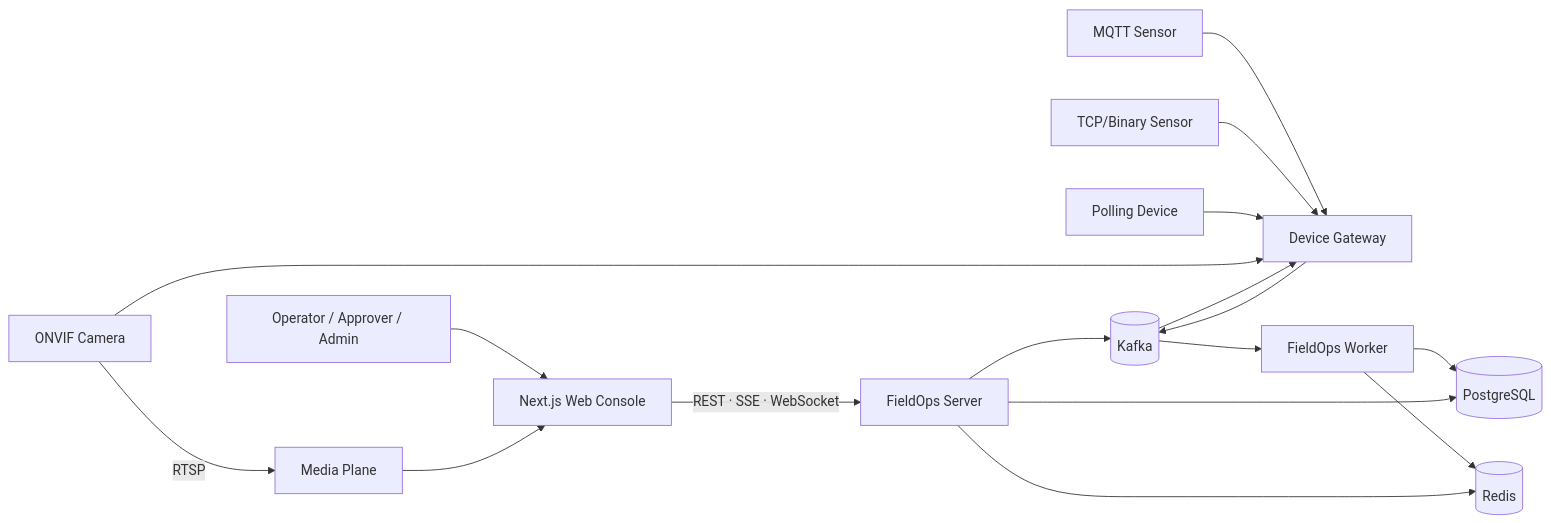
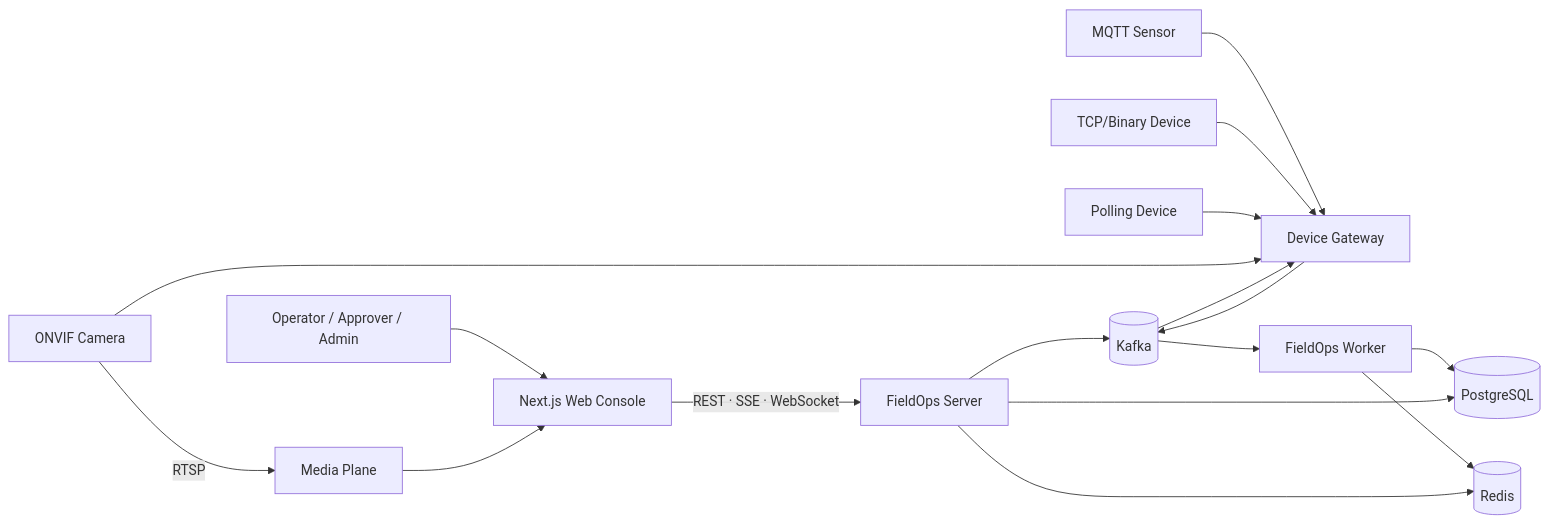
One commit to krait4g/fieldops-control-plane changed the diagram in README.md. Above: the diagram before and after it, drawn with Mermaid. The commit also changed other lines of this file and 15 other files, not shown here.

````diff
--- a/README.md
+++ b/README.md
@@ -78,22 +151,22 @@
 ```mermaid
 flowchart LR
-    OP[Operator / Approver / Admin] --> WEB[Next.js Web Console]
+    USER[Operator / Approver / Admin] --> WEB[Next.js Web Console]
     WEB -->|REST · SSE · WebSocket| API[FieldOps Server]
 
     MQTT[MQTT Sensor] --> GW[Device Gateway]
-    TCP[TCP/Binary Sensor] --> GW
+    TCP[TCP/Binary Device] --> GW
     POLL[Polling Device] --> GW
     CAM[ONVIF Camera] --> GW
     CAM -->|RTSP| MEDIA[Media Plane]
     MEDIA --> WEB
 
-    GW --> KR[(Kafka)]
-    KR --> W[FieldOps Worker]
-    W --> PG[(PostgreSQL)]
-    W --> RD[(Redis)]
+    GW --> K[(Kafka)]
+    K --> WORKER[FieldOps Worker]
+    WORKER --> PG[(PostgreSQL)]
+    WORKER --> RD[(Redis)]
 
     API --> PG
     API --> RD
-    API --> KR
-    KR --> GW
+    API --> K
+    K --> GW
 ```
````
